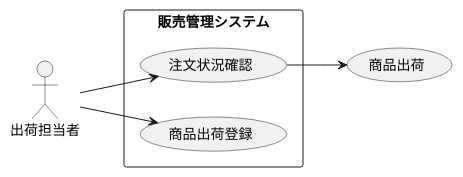
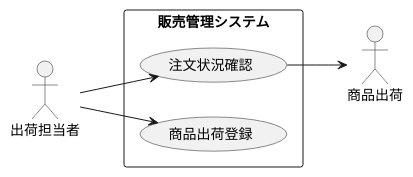
The diagram in 演習2-5_盛岡商事_販売管理システム.pu (useruser0123/uml-introduction), drawn with PlantUML before and after one commit.

Commit message:
演習2-5　修正

```diff
--- a/演習2-5_盛岡商事_販売管理システム.pu
+++ b/演習2-5_盛岡商事_販売管理システム.pu
@@ -1,12 +1,11 @@
 @startuml 販売管理システム
 left to right direction
 actor 出荷担当者
-usecase 商品出荷
 rectangle "販売管理システム" as system {
 usecase 注文状況確認
 usecase 商品出荷登録
 }
 出荷担当者 --> 注文状況確認
 注文状況確認 --> 商品出荷
 出荷担当者 --> 商品出荷登録
 @enduml
```
